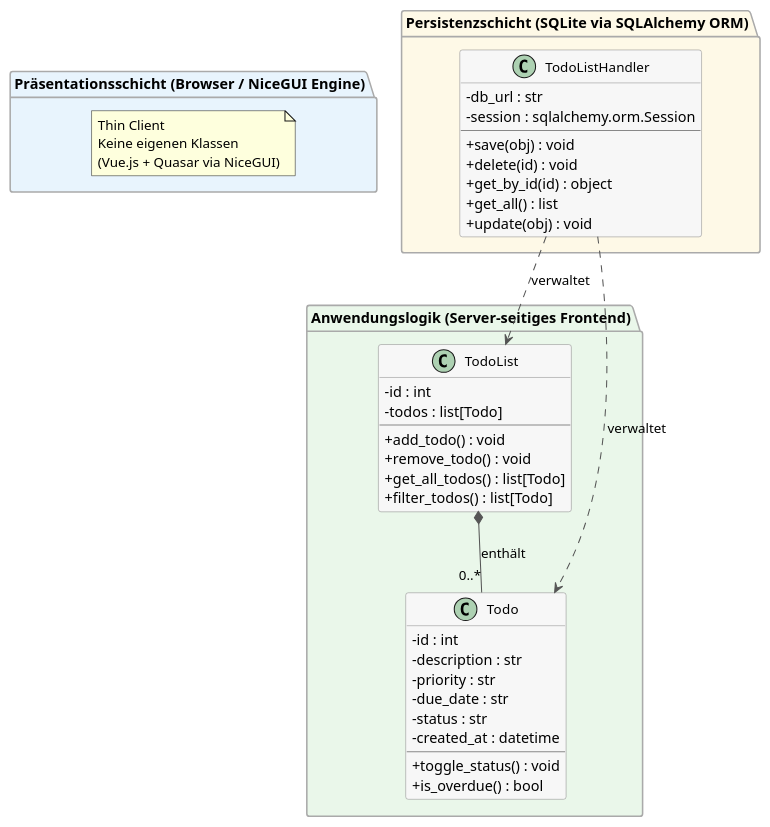
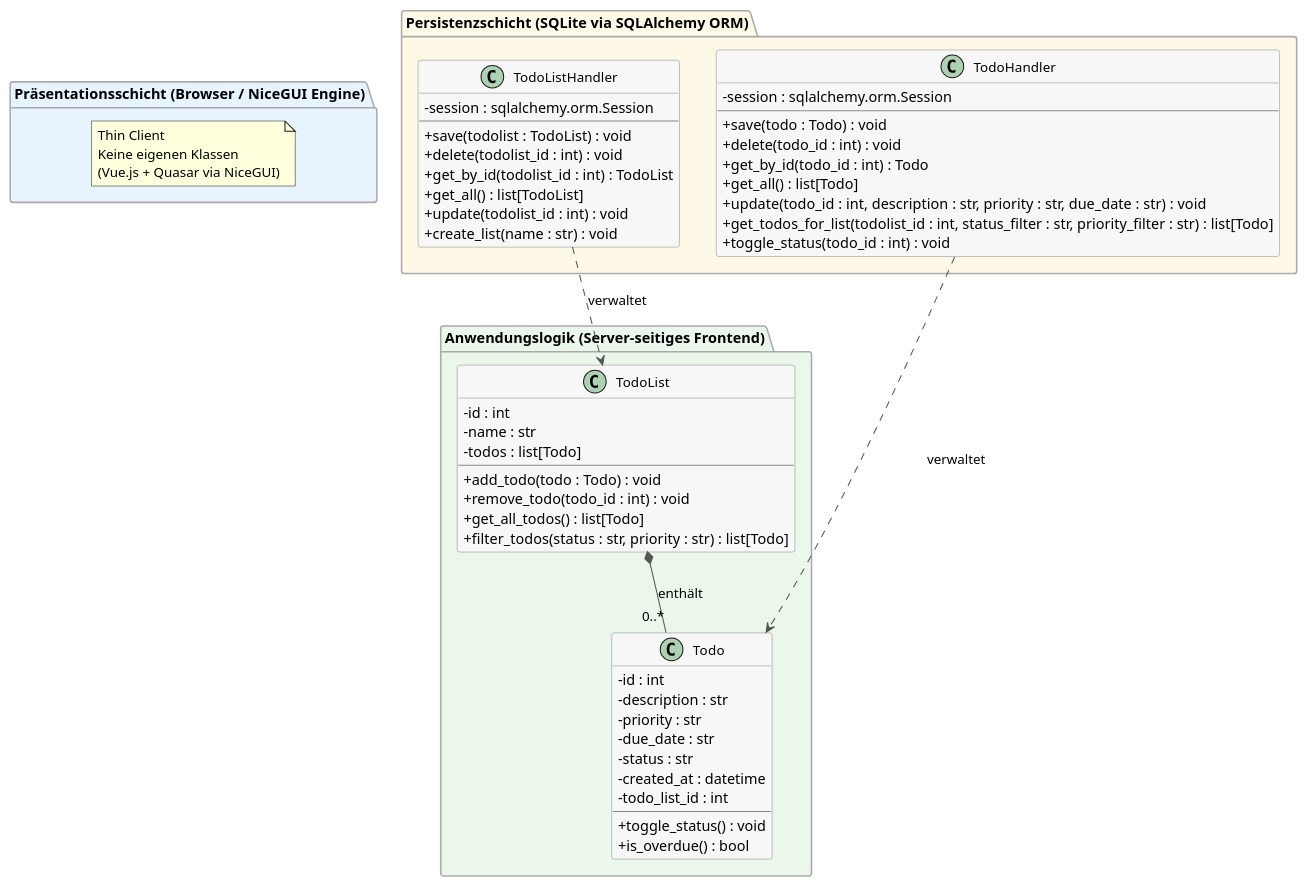
One commit to wathi22/oop_projektarbeit_to-do_applikation changed the diagram in docs/class_diagram/v01_klassendiagramm_final_ohne_user.puml. Above: the diagram before and after it, drawn with PlantUML. The commit also changed 1 other file, not shown here.

Commit message:
v02_klassendiagramm: für todo als volles paket und todolist-task wo im todo beinhaltet wurde zusätzlich ein handler erstellt

```diff
--- a/docs/class_diagram/v01_klassendiagramm_final_ohne_user.puml
+++ b/docs/class_diagram/v01_klassendiagramm_final_ohne_user.puml
@@ -1,61 +1,75 @@
 @startuml Klassendiagramm_Final_ohne_User
 
 skinparam classAttributeIconSize 0
 skinparam classFontSize 13
 skinparam classBackgroundColor #F7F7F7
 skinparam classBorderColor #888888
 skinparam arrowColor #555555
 skinparam packageBackgroundColor #EFEFEF
 skinparam packageBorderColor #AAAAAA
 
 package "Präsentationsschicht (Browser / NiceGUI Engine)" #E8F4FD {
   note "Thin Client\nKeine eigenen Klassen\n(Vue.js + Quasar via NiceGUI)" as N1
 }
 
 package "Anwendungslogik (Server-seitiges Frontend)" #EAF7EA {
 
   class TodoList {
     - id : int
+    - name : str
     - todos : list[Todo]
     --
-    + add_todo() : void
-    + remove_todo() : void
+    + add_todo(todo : Todo) : void
+    + remove_todo(todo_id : int) : void
     + get_all_todos() : list[Todo]
-    + filter_todos() : list[Todo]
+    + filter_todos(status : str, priority : str) : list[Todo]
   }
 
   class Todo {
     - id : int
     - description : str
     - priority : str
     - due_date : str
     - status : str
     - created_at : datetime
+    - todo_list_id : int
     --
     + toggle_status() : void
     + is_overdue() : bool
   }
 
   TodoList *-- "0..*" Todo : enthält
 
 }
 
 package "Persistenzschicht (SQLite via SQLAlchemy ORM)" #FEF9E7 {
 
   class TodoListHandler {
-    - db_url : str
     - session : sqlalchemy.orm.Session
     --
-    + save(obj) : void
-    + delete(id) : void
-    + get_by_id(id) : object
-    + get_all() : list
-    + update(obj) : void
+    + save(todolist : TodoList) : void
+    + delete(todolist_id : int) : void
+    + get_by_id(todolist_id : int) : TodoList
+    + get_all() : list[TodoList]
+    + update(todolist_id : int) : void
+    + create_list(name : str) : void
+  }
+
+  class TodoHandler {
+    - session : sqlalchemy.orm.Session
+    --
+    + save(todo : Todo) : void
+    + delete(todo_id : int) : void
+    + get_by_id(todo_id : int) : Todo
+    + get_all() : list[Todo]
+    + update(todo_id : int, description : str, priority : str, due_date : str) : void
+    + get_todos_for_list(todolist_id : int, status_filter : str, priority_filter : str) : list[Todo]
+    + toggle_status(todo_id : int) : void
   }
 
 }
 
 TodoListHandler ..> TodoList : verwaltet
-TodoListHandler ..> Todo : verwaltet
+TodoHandler ..> Todo : verwaltet
 
 @enduml
```
